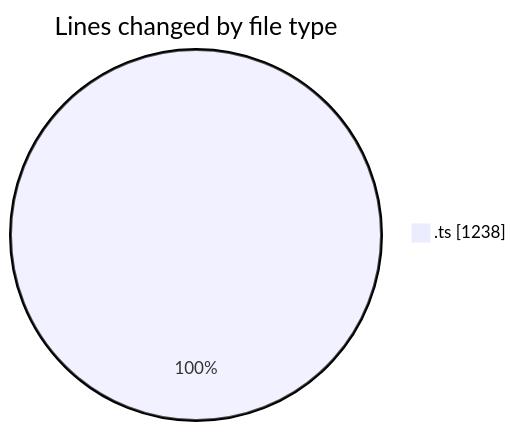
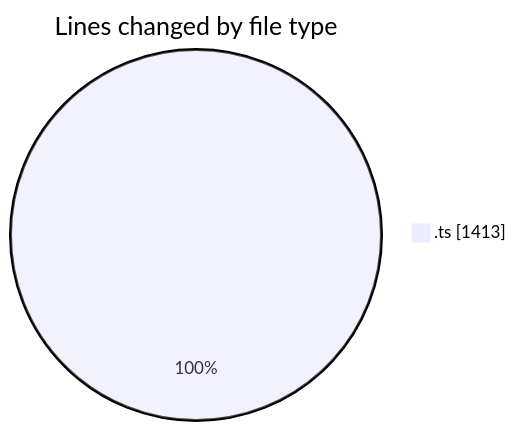
The first of 2 diagrams in 2025-06-24/cda/README.md (momahboobian/code-tracking), drawn with Mermaid before and after one commit. The commit also changed other lines of this file and 1 other file, not shown here.

````diff
--- a/2025-06-24/cda/README.md
+++ b/2025-06-24/cda/README.md
@@ -21,5 +22,5 @@
 ```mermaid
 pie showData
 title Lines changed by file type
-".ts" : 1238
+".ts" : 1413
 ```
````
